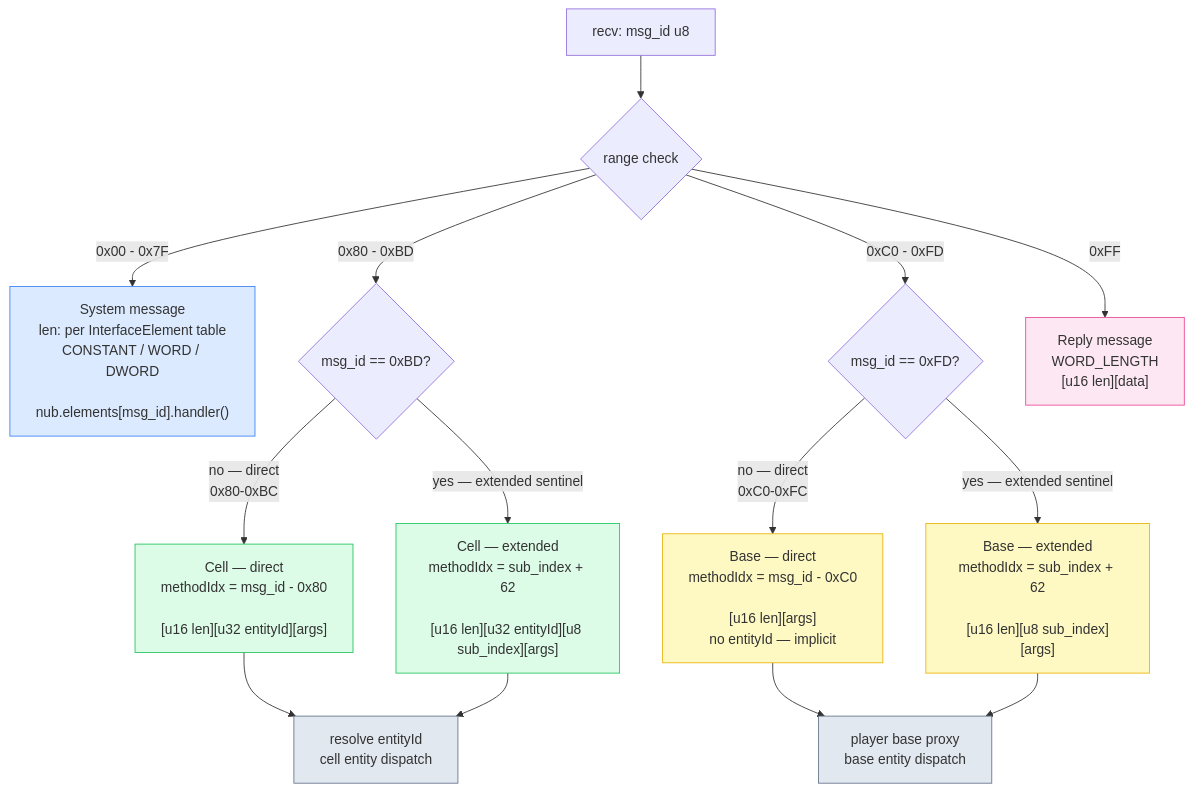
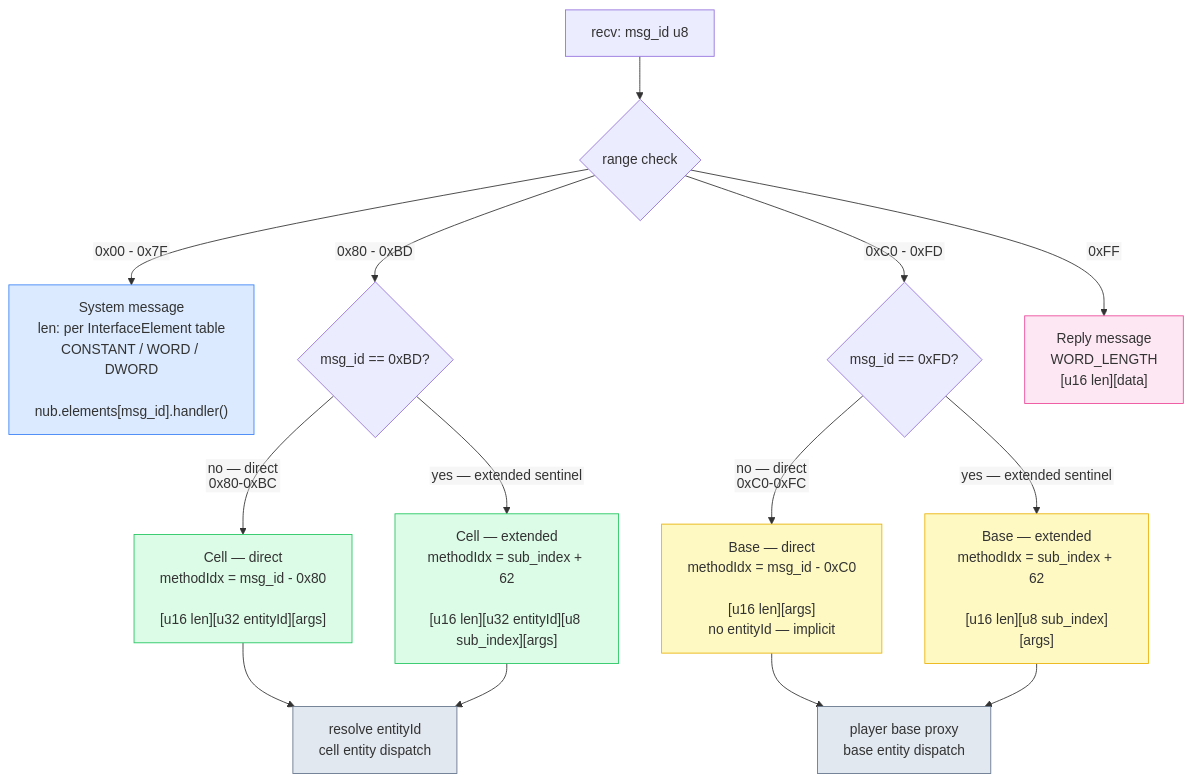
Before and after one commit to SandboxServers/Cimmeria: the diagram in docs/drafts/spec/figures/sources/mercury-15-message-dispatch-routing.mmd, drawn with Mermaid. The commit also changed 5 other files, not shown here.

```diff
--- a/docs/drafts/spec/figures/sources/mercury-15-message-dispatch-routing.mmd
+++ b/docs/drafts/spec/figures/sources/mercury-15-message-dispatch-routing.mmd
@@ -1,22 +1,23 @@
+%%{init: {"flowchart": {"htmlLabels": false}}}%%
 flowchart TD
     IN["recv: msg_id u8"] --> R{range check}
     R -->|"0x00 - 0x7F"| SYS["System message\nlen: per InterfaceElement table\nCONSTANT / WORD / DWORD\n\nnub.elements[msg_id].handler()"]
     R -->|"0x80 - 0xBD"| CEL{"msg_id == 0xBD?"}
     R -->|"0xC0 - 0xFD"| BAS{"msg_id == 0xFD?"}
     R -->|"0xFF"| RPL["Reply message\nWORD_LENGTH\n[u16 len][data]"]
     CEL -->|"no — direct\n0x80-0xBC"| CD["Cell — direct\nmethodIdx = msg_id - 0x80\n\n[u16 len][u32 entityId][args]"]
     CEL -->|"yes — extended sentinel"| CE["Cell — extended\nmethodIdx = sub_index + 62\n\n[u16 len][u32 entityId][u8 sub_index][args]"]
     BAS -->|"no — direct\n0xC0-0xFC"| BD["Base — direct\nmethodIdx = msg_id - 0xC0\n\n[u16 len][args]\nno entityId — implicit"]
     BAS -->|"yes — extended sentinel"| BE["Base — extended\nmethodIdx = sub_index + 62\n\n[u16 len][u8 sub_index][args]"]
     CD --> ENT["resolve entityId\ncell entity dispatch"]
     CE --> ENT
     BD --> PRX["player base proxy\nbase entity dispatch"]
     BE --> PRX
     style SYS fill:#dbeafe,stroke:#3b82f6
     style CD fill:#dcfce7,stroke:#22c55e
     style CE fill:#dcfce7,stroke:#22c55e
     style BD fill:#fef9c3,stroke:#eab308
     style BE fill:#fef9c3,stroke:#eab308
     style RPL fill:#fce7f3,stroke:#ec4899
     style ENT fill:#e2e8f0,stroke:#64748b
     style PRX fill:#e2e8f0,stroke:#64748b
```
